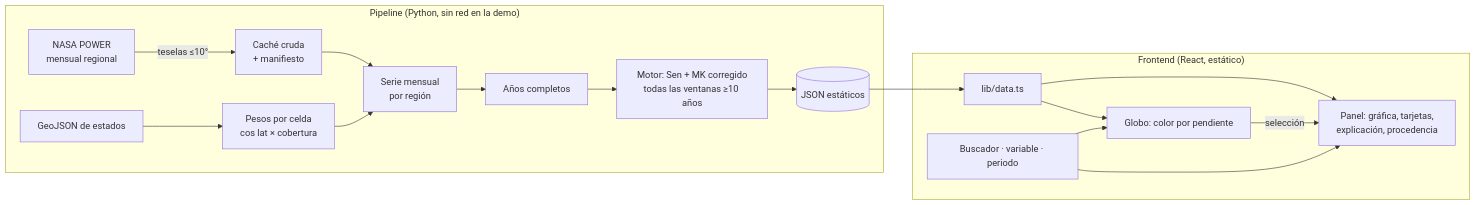
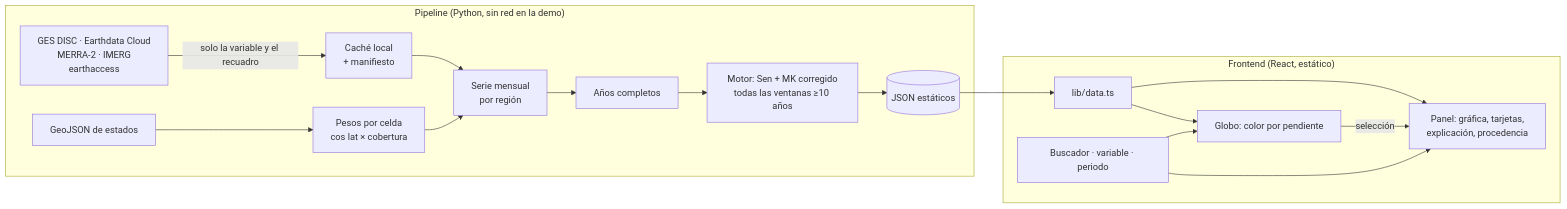
One commit to PedroxionX/nasa_challenge changed the diagram in specs/001-trend-explorer-mvp/plan.md. Above: the diagram before and after it, drawn with Mermaid. The commit also changed other lines of this file and 9 other files, not shown here.

First line of the commit message:
docs: fuentes reales de GES DISC vía earthaccess (decisión del equipo 2026-11-14)

````diff
--- a/specs/001-trend-explorer-mvp/plan.md
+++ b/specs/001-trend-explorer-mvp/plan.md
@@ -108,20 +108,20 @@
 ```mermaid
 flowchart LR
   subgraph Lote["Pipeline (Python, sin red en la demo)"]
-    P[NASA POWER<br/>mensual regional] -->|teselas ≤10°| C[Caché cruda<br/>+ manifiesto]
+    P[GES DISC · Earthdata Cloud<br/>MERRA-2 · IMERG<br/>earthaccess] -->|solo la variable y el recuadro| C[Caché local<br/>+ manifiesto]
     G[GeoJSON de estados] --> W[Pesos por celda<br/>cos lat × cobertura]
     C --> S[Serie mensual<br/>por región]
     W --> S
     S --> A[Años completos]
     A --> E[Motor: Sen + MK corregido<br/>todas las ventanas ≥10 años]
     E --> J[(JSON estáticos)]
   end
   subgraph Web["Frontend (React, estático)"]
     J --> D[lib/data.ts]
     D --> M[Globo: color por pendiente]
     D --> R[Panel: gráfica, tarjetas,<br/>explicación, procedencia]
     U[Buscador · variable · periodo] --> R
     U --> M
     M -->|selección| R
   end
 ```
````
